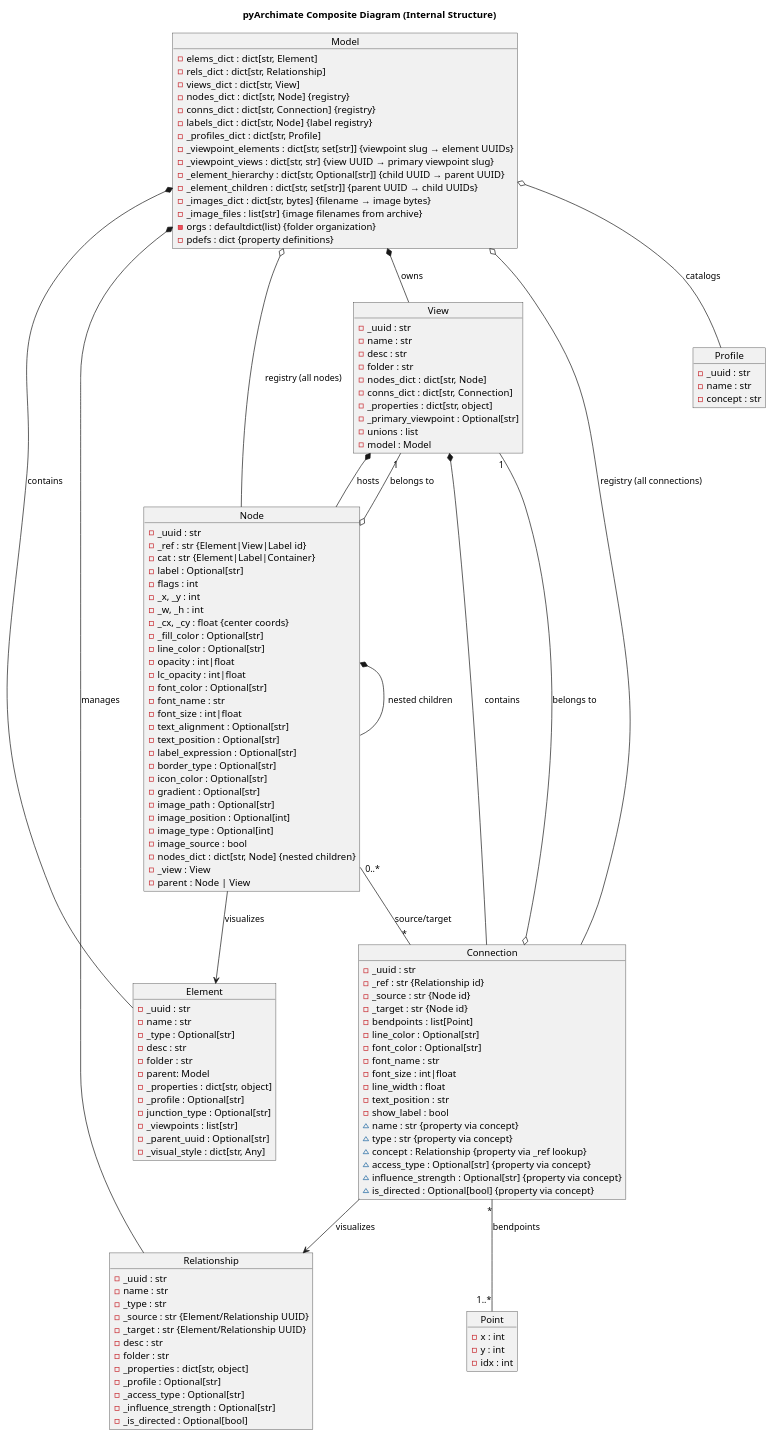
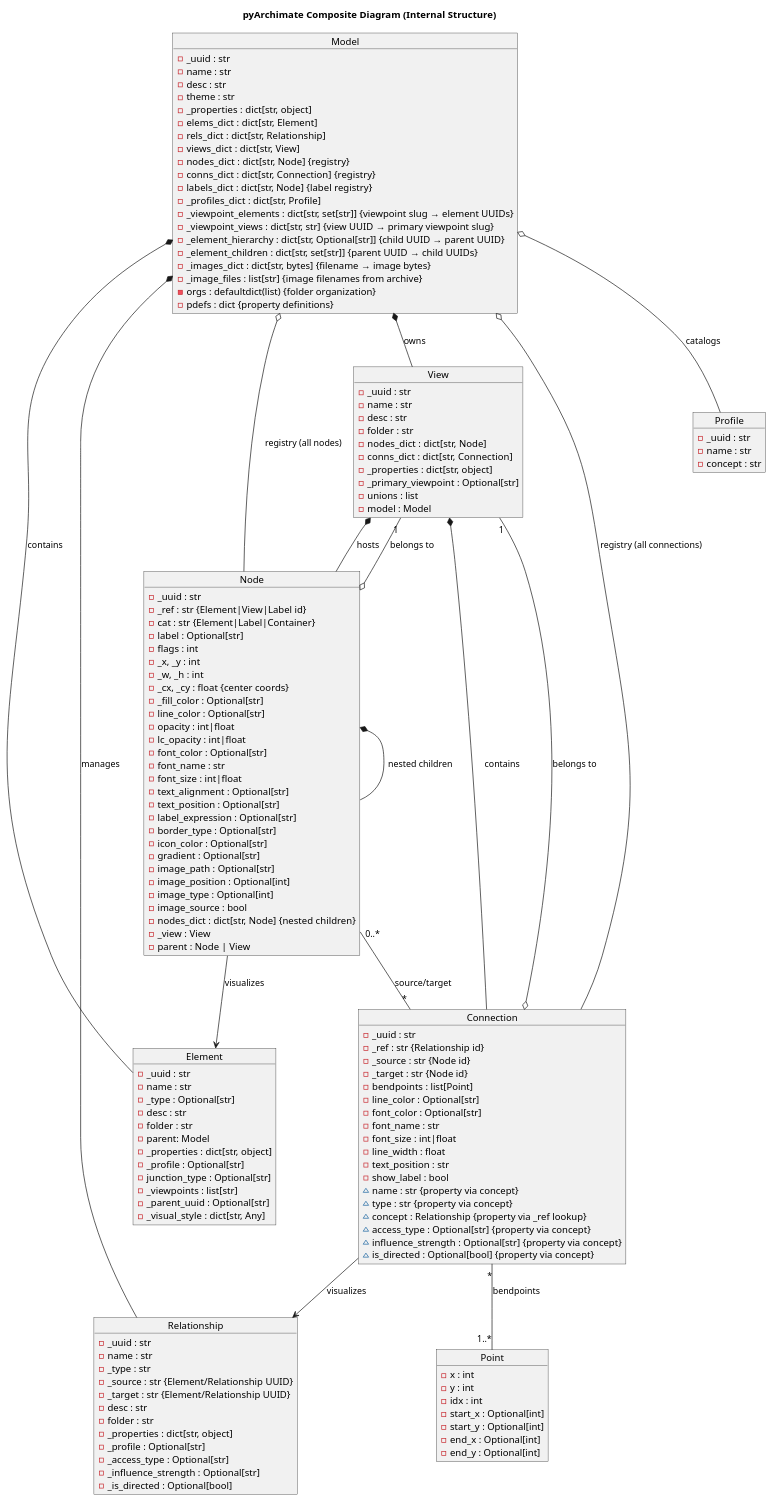
The diagram in docs/diagrams/composite.puml (pyArchimate/pyArchimate), drawn with PlantUML before and after one commit. The commit also changed 4 other files, not shown here.

First line of the commit message:
docs: regenerate diagrams and fix AI.md accuracy pre-release

```diff
--- a/docs/diagrams/composite.puml
+++ b/docs/diagrams/composite.puml
@@ -1,148 +1,157 @@
 @startuml
 title pyArchimate Composite Diagram (Internal Structure)
 
 object Model {
+  - _uuid : str
+  - name : str
+  - desc : str
+  - theme : str
+  - _properties : dict[str, object]
   - elems_dict : dict[str, Element]
   - rels_dict : dict[str, Relationship]
   - views_dict : dict[str, View]
   - nodes_dict : dict[str, Node] {registry}
   - conns_dict : dict[str, Connection] {registry}
   - labels_dict : dict[str, Node] {label registry}
   - _profiles_dict : dict[str, Profile]
   - _viewpoint_elements : dict[str, set[str]] {viewpoint slug → element UUIDs}
   - _viewpoint_views : dict[str, str] {view UUID → primary viewpoint slug}
   - _element_hierarchy : dict[str, Optional[str]] {child UUID → parent UUID}
   - _element_children : dict[str, set[str]] {parent UUID → child UUIDs}
   - _images_dict : dict[str, bytes] {filename → image bytes}
   - _image_files : list[str] {image filenames from archive}
   - orgs : defaultdict(list) {folder organization}
   - pdefs : dict {property definitions}
 }
 
 object Element {
   - _uuid : str
   - name : str
   - _type : Optional[str]
   - desc : str
   - folder : str
   - parent: Model
   - _properties : dict[str, object]
   - _profile : Optional[str]
   - junction_type : Optional[str]
   - _viewpoints : list[str]
   - _parent_uuid : Optional[str]
   - _visual_style : dict[str, Any]
 }
 
 object Relationship {
   - _uuid : str
   - name : str
   - _type : str
   - _source : str {Element/Relationship UUID}
   - _target : str {Element/Relationship UUID}
   - desc : str
   - folder : str
   - _properties : dict[str, object]
   - _profile : Optional[str]
   - _access_type : Optional[str]
   - _influence_strength : Optional[str]
   - _is_directed : Optional[bool]
 }
 
 object Profile {
   - _uuid : str
   - name : str
   - concept : str
 }
 
 object View {
   - _uuid : str
   - name : str
   - desc : str
   - folder : str
   - nodes_dict : dict[str, Node]
   - conns_dict : dict[str, Connection]
   - _properties : dict[str, object]
   - _primary_viewpoint : Optional[str]
   - unions : list
   - model : Model
 }
 
 object Node {
   - _uuid : str
   - _ref : str {Element|View|Label id}
   - cat : str {Element|Label|Container}
   - label : Optional[str]
   - flags : int
   - _x, _y : int
   - _w, _h : int
   - _cx, _cy : float {center coords}
   - _fill_color : Optional[str]
   - line_color : Optional[str]
   - opacity : int|float
   - lc_opacity : int|float
   - font_color : Optional[str]
   - font_name : str
   - font_size : int|float
   - text_alignment : Optional[str]
   - text_position : Optional[str]
   - label_expression : Optional[str]
   - border_type : Optional[str]
   - icon_color : Optional[str]
   - gradient : Optional[str]
   - image_path : Optional[str]
   - image_position : Optional[int]
   - image_type : Optional[int]
   - image_source : bool
   - nodes_dict : dict[str, Node] {nested children}
   - _view : View
   - parent : Node | View
 }
 
 object Connection {
   - _uuid : str
   - _ref : str {Relationship id}
   - _source : str {Node id}
   - _target : str {Node id}
   - bendpoints : list[Point]
   - line_color : Optional[str]
   - font_color : Optional[str]
   - font_name : str
   - font_size : int|float
   - line_width : float
   - text_position : str
   - show_label : bool
   ~ name : str {property via concept}
   ~ type : str {property via concept}
   ~ concept : Relationship {property via _ref lookup}
   ~ access_type : Optional[str] {property via concept}
   ~ influence_strength : Optional[str] {property via concept}
   ~ is_directed : Optional[bool] {property via concept}
 }
 
 object Point {
   - x : int
   - y : int
   - idx : int
+  - start_x : Optional[int]
+  - start_y : Optional[int]
+  - end_x : Optional[int]
+  - end_y : Optional[int]
 }
 
 Model *-- Element : contains
 Model *-- Relationship : manages
 Model *-- View : owns
 Model o-- Profile : catalogs
 Model o-- Node : registry (all nodes)
 Model o-- Connection : registry (all connections)
 
 View *-- Node : hosts
 View *-- Connection : contains
 
 Node --> Element : visualizes
 Node *-- Node : nested children
 Node o-- "1" View : belongs to
 Node "0..*" -- "*" Connection : source/target
 
 Connection --> Relationship : visualizes
 Connection o-- "1" View : belongs to
 Connection "*" -- "1..*" Point : bendpoints
 
 @enduml
```
